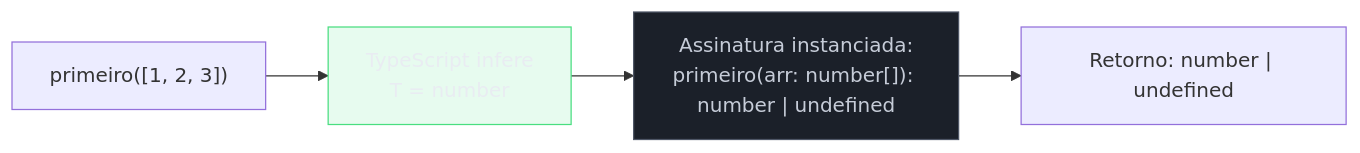
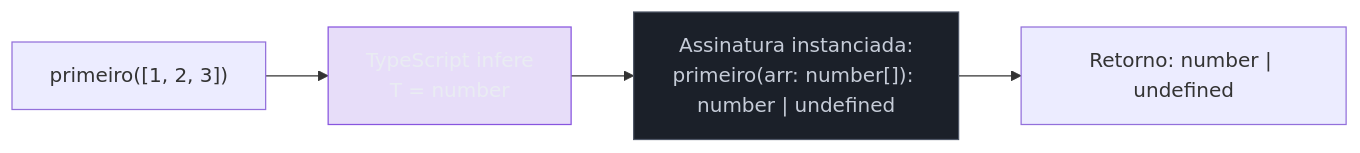
Before and after one commit to josenaldo/codex-technomanticus: the first of 5 diagrams in 03-Dominios/Tecnologia/TypeScript/11 - Generics - funções e constraints.md, drawn with Mermaid. The commit also changed other lines of this file and 601 other files, not shown here.

````diff
--- a/03-Dominios/Tecnologia/TypeScript/11 - Generics - funções e constraints.md
+++ b/03-Dominios/Tecnologia/TypeScript/11 - Generics - funções e constraints.md
@@ -62,14 +62,14 @@
 ```mermaid
 flowchart LR
-    classDef ok fill:#4ADE8021,stroke:#4ADE80,color:#E9ECF2
+    classDef marca fill:#8855DF33,stroke:#8855DF,color:#E9ECF2
     classDef neutro fill:#1B2029,stroke:#4E5666,color:#C6CCD8
     CALL["primeiro([1, 2, 3])"]
     INF["TypeScript infere\nT = number"]
     SIG["Assinatura instanciada:\nprimeiro(arr: number[]): number | undefined"]
     RET["Retorno: number | undefined"]
 
     CALL --> INF --> SIG --> RET
 
-    class INF ok
+    class INF marca
     class SIG neutro
 ```
````
